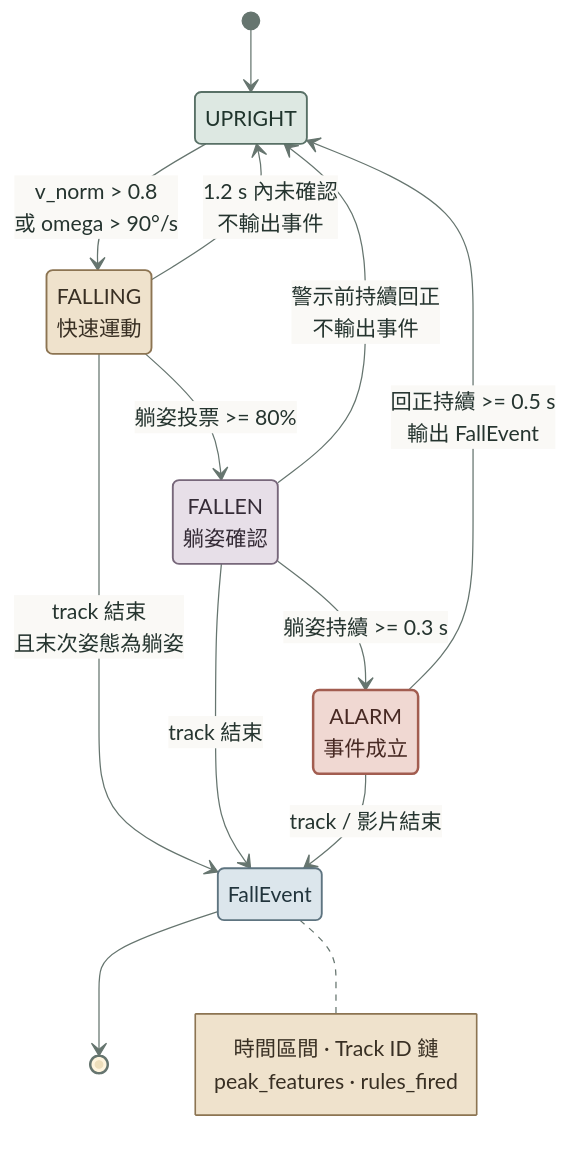
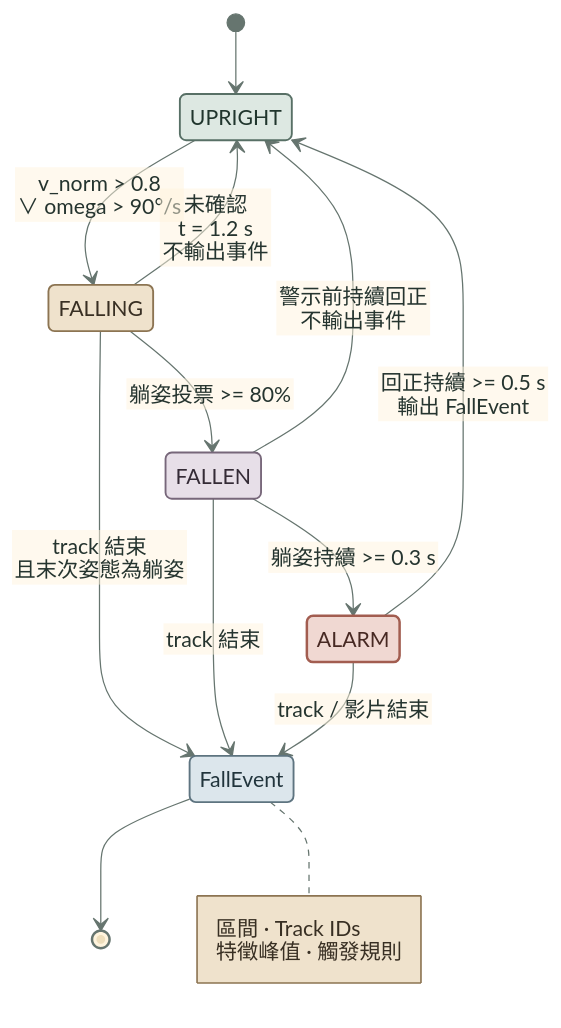
The third of 3 diagrams in README.md (kuotunyu/fall-detection-pose), drawn with Mermaid before and after one commit. The commit also changed other lines of this file and 1 other file, not shown here.

Commit message:
docs: improve Mermaid diagram readability

````diff
--- a/README.md
+++ b/README.md
@@ -213,40 +210,34 @@
 ```mermaid
-%%{init: {'theme': 'base', 'themeVariables': {'fontSize': '17px', 'fontFamily': 'Arial, sans-serif', 'lineColor': '#66756F', 'primaryTextColor': '#25342F', 'edgeLabelBackground': '#FAF9F6', 'noteBkgColor': '#EFE2CC', 'noteBorderColor': '#8C7452', 'noteTextColor': '#382F23'}}}%%
+%%{init: {'theme': 'base', 'htmlLabels': false, 'themeVariables': {'fontSize': '17px', 'fontFamily': 'Arial, sans-serif', 'lineColor': '#66756F', 'primaryTextColor': '#25342F', 'edgeLabelBackground': '#FAF9F6', 'noteBkgColor': '#EFE2CC', 'noteBorderColor': '#8C7452', 'noteTextColor': '#382F23'}}}%%
 stateDiagram-v2
     direction TB
-    state "UPRIGHT" as U
-    state "FALLING<br/>快速運動" as F
-    state "FALLEN<br/>躺姿確認" as L
-    state "ALARM<br/>事件成立" as A
-    state "FallEvent" as E
+    [*] --> UPRIGHT
+    UPRIGHT --> FALLING: v_norm > 0.8<br/>∨ omega > 90°/s
+    FALLING --> FALLEN: 躺姿投票 >= 80%
+    FALLING --> UPRIGHT: 未確認<br/>t = 1.2 s<br/>不輸出事件
+    FALLEN --> ALARM: 躺姿持續 >= 0.3 s
+    FALLEN --> UPRIGHT: 警示前持續回正<br/>不輸出事件
+    ALARM --> UPRIGHT: 回正持續 >= 0.5 s<br/>輸出 FallEvent
 
-    [*] --> U
-    U --> F: v_norm > 0.8<br/>或 omega > 90°/s
-    F --> L: 躺姿投票 >= 80%
-    F --> U: 1.2 s 內未確認<br/>不輸出事件
-    L --> A: 躺姿持續 >= 0.3 s
-    L --> U: 警示前持續回正<br/>不輸出事件
-    A --> U: 回正持續 >= 0.5 s<br/>輸出 FallEvent
+    FALLING --> FallEvent: track 結束<br/>且末次姿態為躺姿
+    FALLEN --> FallEvent: track 結束
+    ALARM --> FallEvent: track / 影片結束
+    FallEvent --> [*]
 
-    F --> E: track 結束<br/>且末次姿態為躺姿
-    L --> E: track 結束
-    A --> E: track / 影片結束
-    E --> [*]
-
-    note right of E
-        時間區間 · Track ID 鏈
-        peak_features · rules_fired
+    note right of FallEvent
+        區間 · Track IDs
+        特徵峰值 · 觸發規則
     end note
 
     classDef upright fill:#DDE8E2,stroke:#587066,stroke-width:1.5px,color:#20352D
     classDef falling fill:#EFE2CC,stroke:#8C7452,stroke-width:1.5px,color:#382F23
     classDef fallen fill:#E7DFE8,stroke:#77677A,stroke-width:1.5px,color:#342B36
     classDef alarm fill:#F0D8D2,stroke:#A25D50,stroke-width:2px,color:#472923
     classDef event fill:#DCE6EC,stroke:#5E7480,stroke-width:1.5px,color:#21343C
 
-    class U upright
-    class F falling
-    class L fallen
-    class A alarm
-    class E event
+    class UPRIGHT upright
+    class FALLING falling
+    class FALLEN fallen
+    class ALARM alarm
+    class FallEvent event
 ```
````
